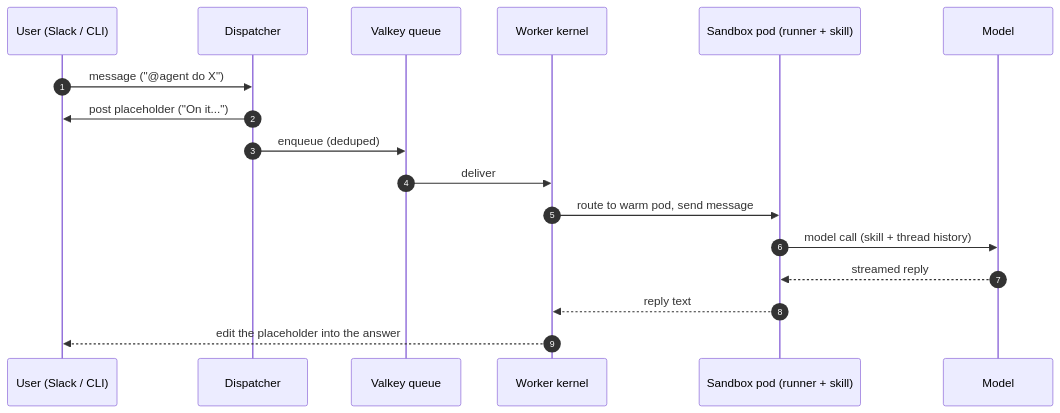
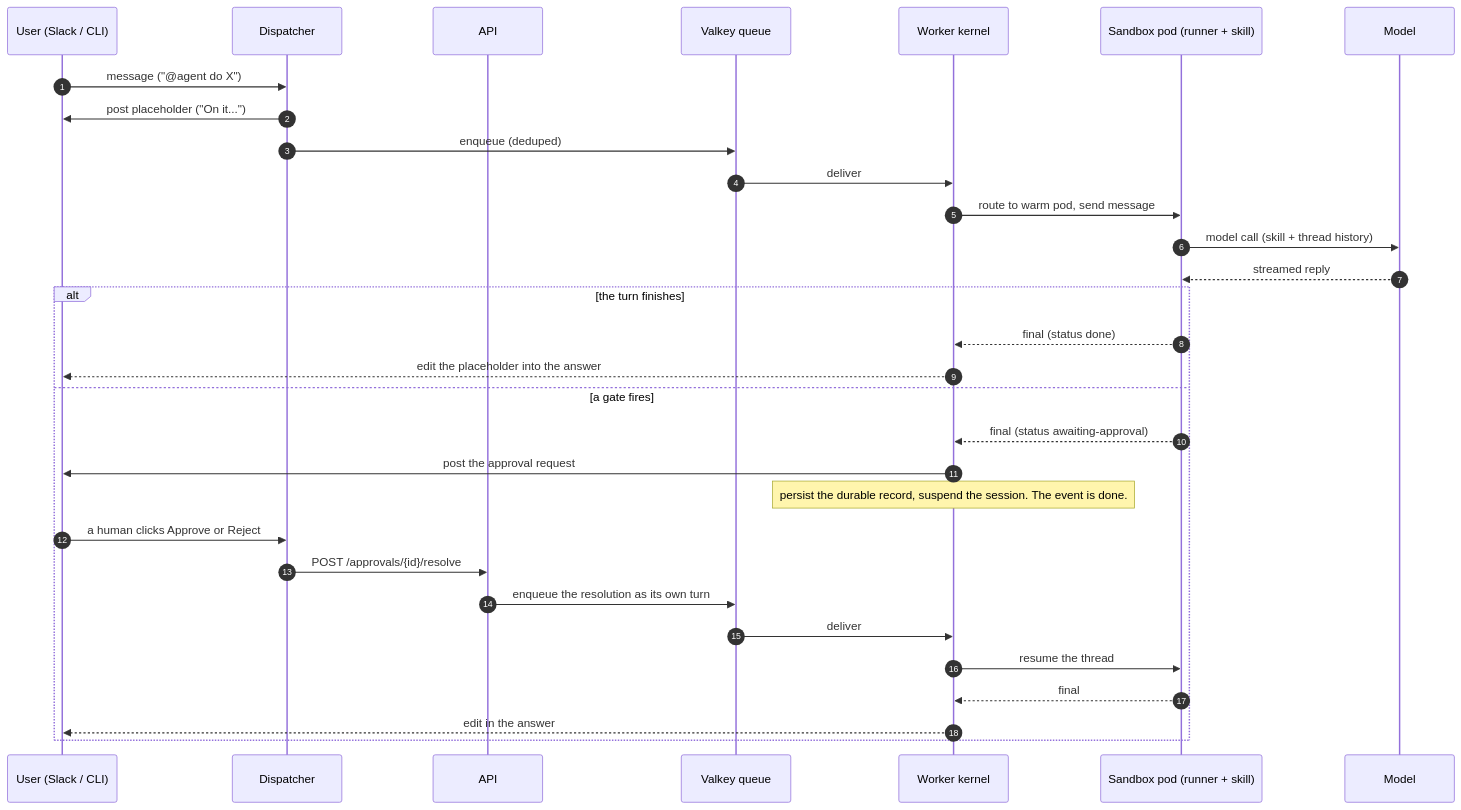
Before and after one commit to coinleftt/curie: the first of 2 diagrams in docs/diagrams/message-flow.md, drawn with Mermaid. The commit also changed other lines of this file and 50 other files, not shown here.

````diff
--- a/docs/diagrams/message-flow.md
+++ b/docs/diagrams/message-flow.md
@@ -16,20 +16,35 @@
 ```mermaid
 sequenceDiagram
     autonumber
     participant User as User (Slack / CLI)
     participant Disp as Dispatcher
+    participant API as API
     participant Queue as Valkey queue
     participant Worker as Worker kernel
     participant Pod as Sandbox pod (runner + skill)
     participant Model as Model
 
     User->>Disp: message ("@agent do X")
     Disp->>User: post placeholder ("On it...")
     Disp->>Queue: enqueue (deduped)
     Queue->>Worker: deliver
     Worker->>Pod: route to warm pod, send message
     Pod->>Model: model call (skill + thread history)
     Model-->>Pod: streamed reply
-    Pod-->>Worker: reply text
-    Worker-->>User: edit the placeholder into the answer
+
+    alt the turn finishes
+        Pod-->>Worker: final (status done)
+        Worker-->>User: edit the placeholder into the answer
+    else a gate fires
+        Pod-->>Worker: final (status awaiting-approval)
+        Worker->>User: post the approval request
+        Note over Worker: persist the durable record, suspend the session. The event is done.
+        User->>Disp: a human clicks Approve or Reject
+        Disp->>API: POST /approvals/{id}/resolve
+        API->>Queue: enqueue the resolution as its own turn
+        Queue->>Worker: deliver
+        Worker->>Pod: resume the thread
+        Pod-->>Worker: final
+        Worker-->>User: edit in the answer
+    end
 ```
````
